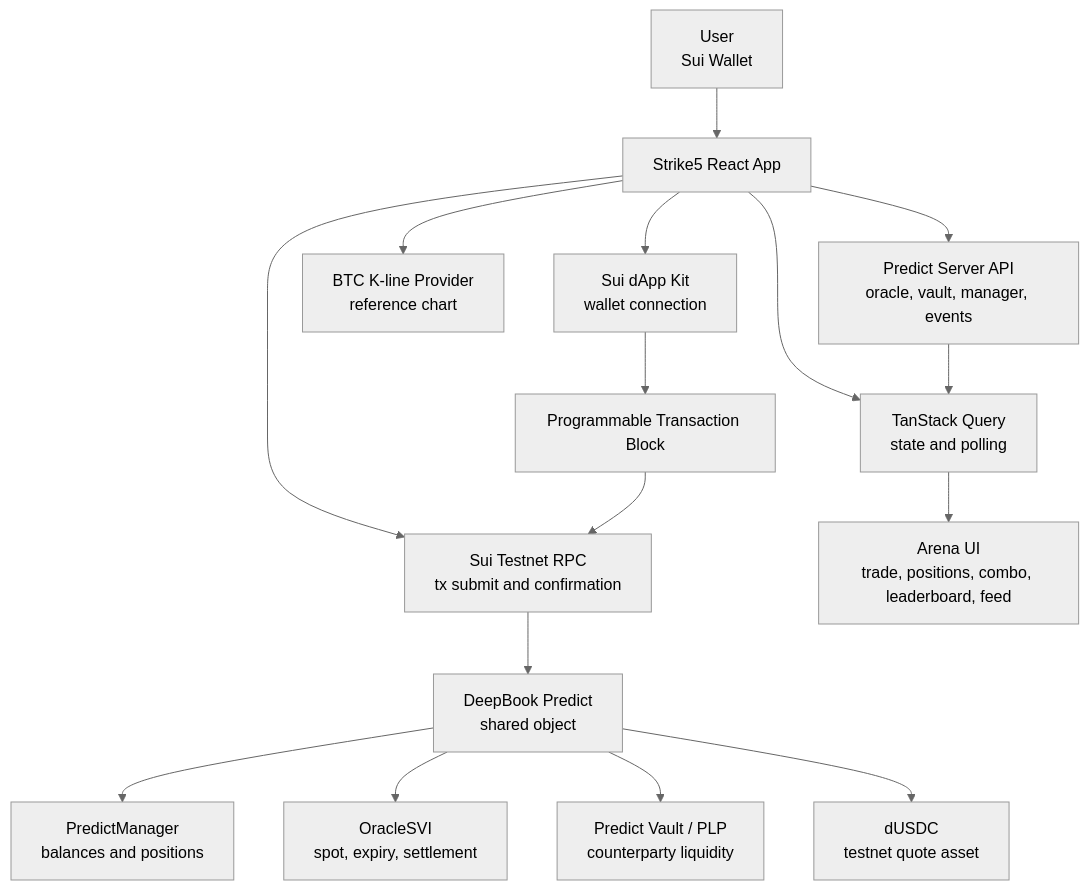
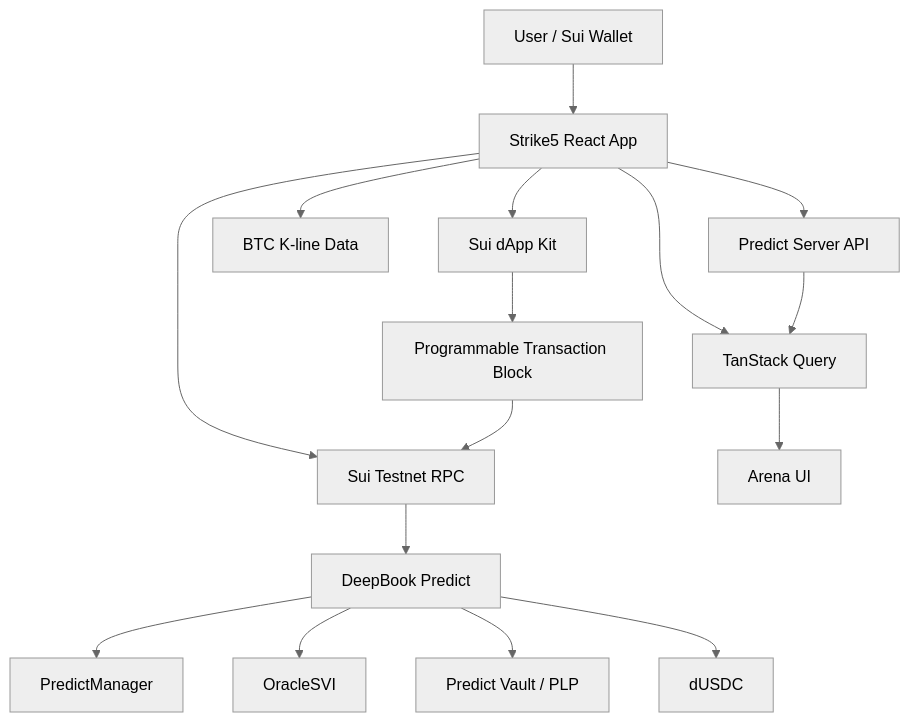
The diagram in README.md (big-dudu-mosty/Strike5), drawn with Mermaid (neutral theme) before and after one commit. The commit also changed other lines of this file, not shown here.

````diff
--- a/README.md
+++ b/README.md
@@ -55,22 +43,22 @@
 ```mermaid
 flowchart TB
-  User["User<br/>Sui Wallet"] --> App["Strike5 React App"]
+  User["User / Sui Wallet"] --> App["Strike5 React App"]
 
-  App --> Wallet["Sui dApp Kit<br/>wallet connection"]
-  App --> Query["TanStack Query<br/>state and polling"]
-  App --> Chart["BTC K-line Provider<br/>reference chart"]
-  App --> PredictAPI["Predict Server API<br/>oracle, vault, manager, events"]
-  App --> SuiRPC["Sui Testnet RPC<br/>tx submit and confirmation"]
+  App --> Wallet["Sui dApp Kit"]
+  App --> Query["TanStack Query"]
+  App --> Chart["BTC K-line Data"]
+  App --> PredictAPI["Predict Server API"]
+  App --> SuiRPC["Sui Testnet RPC"]
 
   Wallet --> PTB["Programmable Transaction Block"]
   PTB --> SuiRPC
-  SuiRPC --> Predict["DeepBook Predict<br/>shared object"]
+  SuiRPC --> Predict["DeepBook Predict"]
 
-  Predict --> Manager["PredictManager<br/>balances and positions"]
-  Predict --> Oracle["OracleSVI<br/>spot, expiry, settlement"]
-  Predict --> Vault["Predict Vault / PLP<br/>counterparty liquidity"]
-  Predict --> DUSDC["dUSDC<br/>testnet quote asset"]
+  Predict --> Manager["PredictManager"]
+  Predict --> Oracle["OracleSVI"]
+  Predict --> Vault["Predict Vault / PLP"]
+  Predict --> DUSDC["dUSDC"]
 
   PredictAPI --> Query
-  Query --> Arena["Arena UI<br/>trade, positions, combo, leaderboard, feed"]
+  Query --> Arena["Arena UI"]
 ```
````
